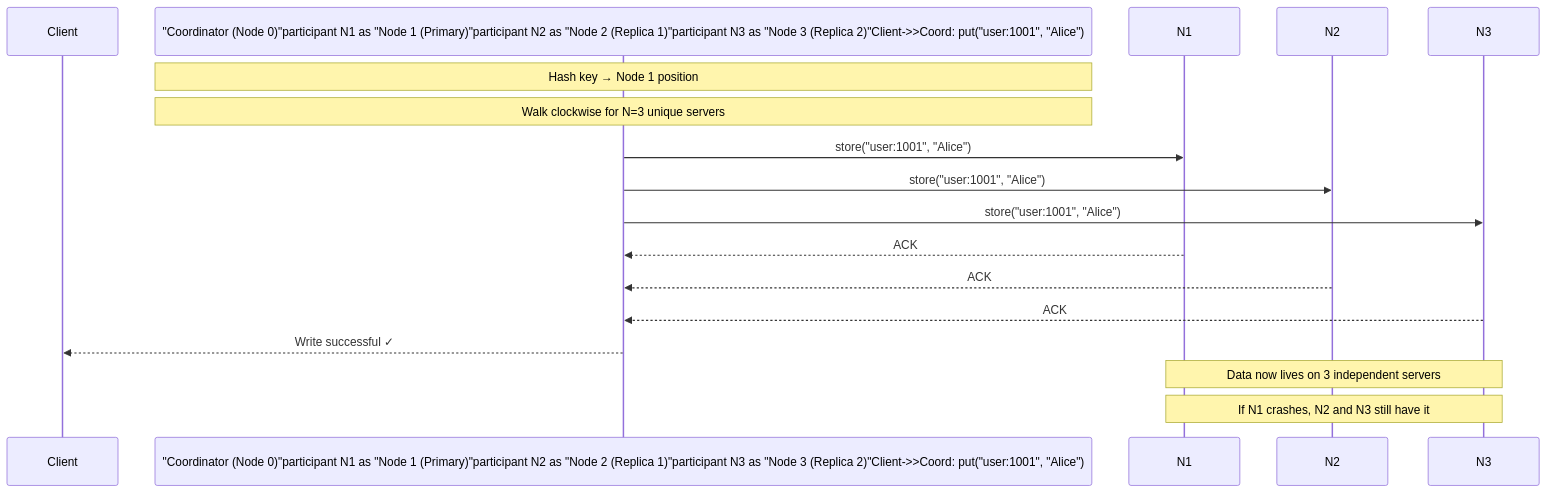
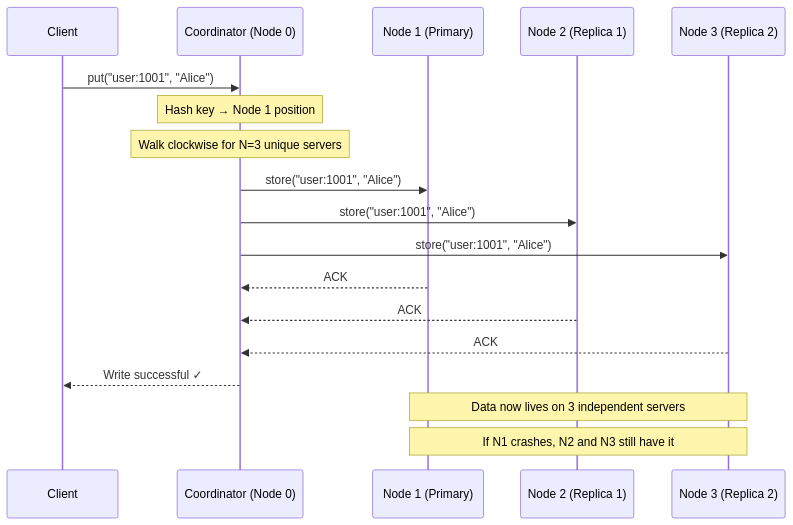
Before and after one commit to devops-monk/system-design-blog: the fifth of 22 diagrams in content/posts/2026/design-a-key-value-store.md, drawn with Mermaid. The commit also changed other lines of this file and 4 other files, not shown here.

First line of the commit message:
fix(diagrams): repair mermaid blocks broken by the emoji strip

````diff
--- a/content/posts/2026/design-a-key-value-store.md
+++ b/content/posts/2026/design-a-key-value-store.md
@@ -196,17 +196,21 @@
 ```mermaid
 sequenceDiagram
     participant Client
-    participant Coord as "Coordinator (Node 0)"participant N1 as "Node 1 (Primary)"participant N2 as "Node 2 (Replica 1)"participant N3 as "Node 3 (Replica 2)"Client->>Coord: put("user:1001", "Alice")
+    participant Coord as Coordinator (Node 0)
+    participant N1 as Node 1 (Primary)
+    participant N2 as Node 2 (Replica 1)
+    participant N3 as Node 3 (Replica 2)
+    Client->>Coord: put("user:1001", "Alice")
     Note over Coord: Hash key → Node 1 position
     Note over Coord: Walk clockwise for N=3 unique servers
     Coord->>N1: store("user:1001", "Alice")
     Coord->>N2: store("user:1001", "Alice")
     Coord->>N3: store("user:1001", "Alice")
     N1-->>Coord: ACK
     N2-->>Coord: ACK
     N3-->>Coord: ACK
     Coord-->>Client: Write successful ✓
 
     Note over N1,N3: Data now lives on 3 independent servers
     Note over N1,N3: If N1 crashes, N2 and N3 still have it
 ```
````
